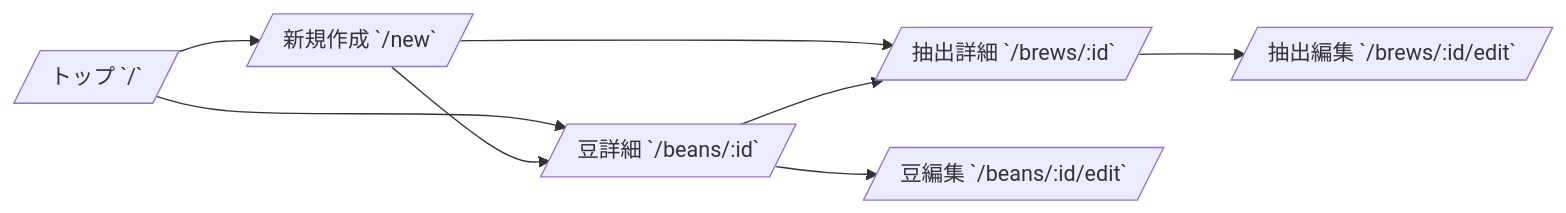
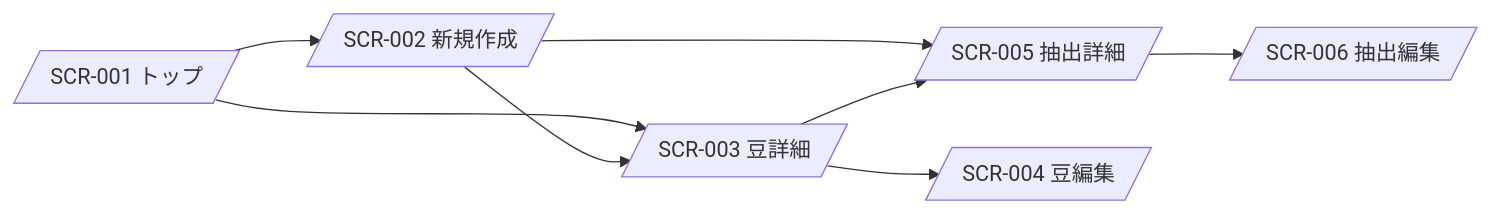
The diagram in docs/画面仕様書.md (yjn279/brewia), drawn with Mermaid before and after one commit. The commit also changed other lines of this file and 3 other files, not shown here.

````diff
--- a/docs/画面仕様書.md
+++ b/docs/画面仕様書.md
@@ -27,10 +16,10 @@
 ```mermaid
 flowchart LR
-    TOP[/トップ `/`/] --> NEW[/新規作成 `/new`/]
-    TOP --> BEAN_DETAIL[/豆詳細 `/beans/:id`/]
+    TOP[/SCR-001 トップ/] --> NEW[/SCR-002 新規作成/]
+    TOP --> BEAN_DETAIL[/SCR-003 豆詳細/]
     NEW --> BEAN_DETAIL
-    NEW --> BREW_DETAIL[/抽出詳細 `/brews/:id`/]
-    BEAN_DETAIL --> BEAN_EDIT[/豆編集 `/beans/:id/edit`/]
+    NEW --> BREW_DETAIL[/SCR-005 抽出詳細/]
+    BEAN_DETAIL --> BEAN_EDIT[/SCR-004 豆編集/]
     BEAN_DETAIL --> BREW_DETAIL
-    BREW_DETAIL --> BREW_EDIT[/抽出編集 `/brews/:id/edit`/]
+    BREW_DETAIL --> BREW_EDIT[/SCR-006 抽出編集/]
 ```
````
